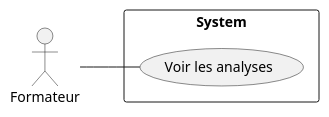
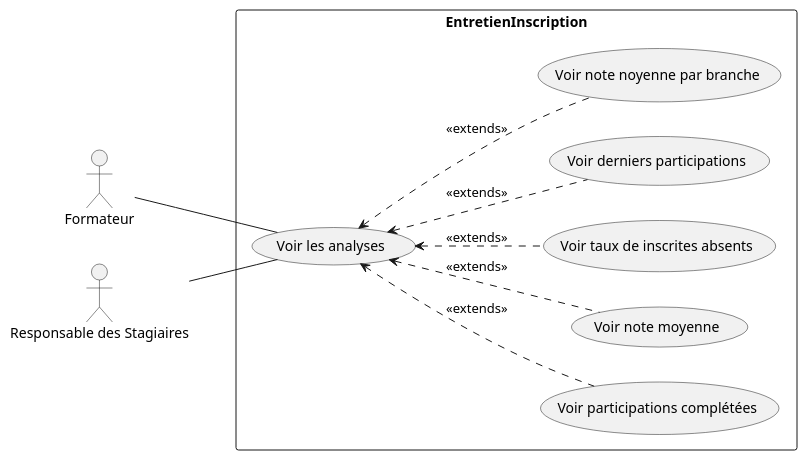
The diagram in Idéation/Sprint_1.pu (Suirita/File_rouge), drawn with PlantUML before and after one commit. The commit also changed 113 other files, not shown here.

```diff
--- a/Idéation/Sprint_1.pu
+++ b/Idéation/Sprint_1.pu
@@ -1,8 +1,22 @@
 @startuml Sprint_1
 left to right direction
 actor "Formateur" as fr
-rectangle System {
+actor "Responsable des Stagiaires" as rs
+rectangle EntretienInscription {
   usecase "Voir les analyses" as UC1
+  usecase "Voir participations complétées" as UC2
+  usecase "Voir note moyenne" as UC3
+  usecase "Voir taux de inscrites absents" as UC4
+  usecase "Voir derniers participations" as UC5
+  usecase "Voir note noyenne par branche" as UC6
 }
+
 fr -- UC1
+rs -- UC1
+
+UC1 <.. UC2 : <<extends>>
+UC1 <.. UC3 : <<extends>>
+UC1 <.. UC4 : <<extends>>
+UC1 <.. UC5 : <<extends>>
+UC1 <.. UC6 : <<extends>>
 @enduml
```
